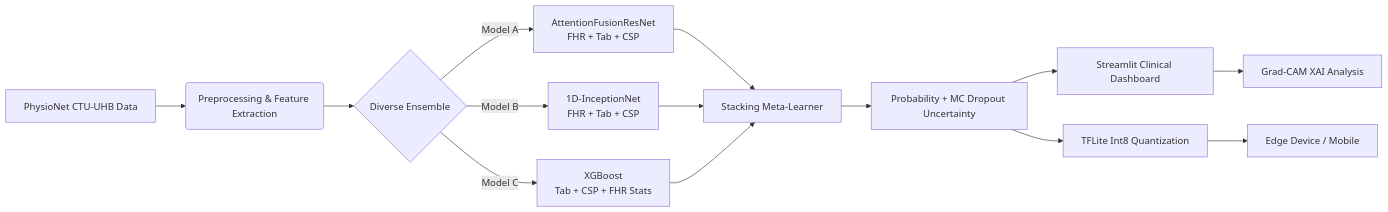
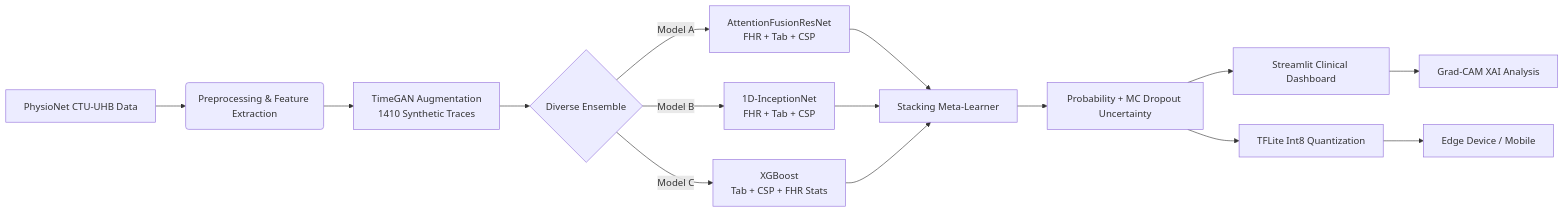
The diagram in Our_project.md (Krishna200608/NeuroFetal-AI), drawn with Mermaid before and after one commit. The commit also changed other lines of this file and 9 other files, not shown here.

````diff
--- a/Our_project.md
+++ b/Our_project.md
@@ -42,14 +45,15 @@
 ```mermaid
 graph LR
     A[PhysioNet CTU-UHB Data] --> B(Preprocessing & Feature Extraction);
-    B --> C{Diverse Ensemble};
+    B --> T[TimeGAN Augmentation<br>1410 Synthetic Traces];
+    T --> C{Diverse Ensemble};
     C -->|Model A| D[AttentionFusionResNet<br>FHR + Tab + CSP];
     C -->|Model B| E[1D-InceptionNet<br>FHR + Tab + CSP];
     C -->|Model C| F[XGBoost<br>Tab + CSP + FHR Stats];
     D & E & F --> G[Stacking Meta-Learner];
     G --> H[Probability + MC Dropout Uncertainty];
     H --> I[Streamlit Clinical Dashboard];
     I --> J[Grad-CAM XAI Analysis];
     H --> K[TFLite Int8 Quantization];
     K --> L[Edge Device / Mobile];
 ```
````
